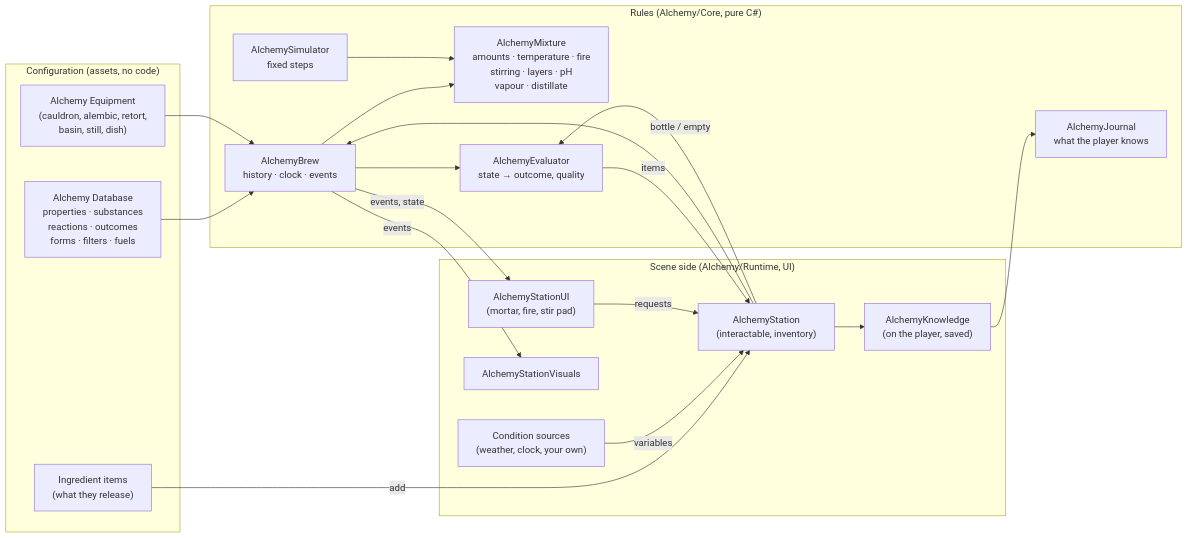
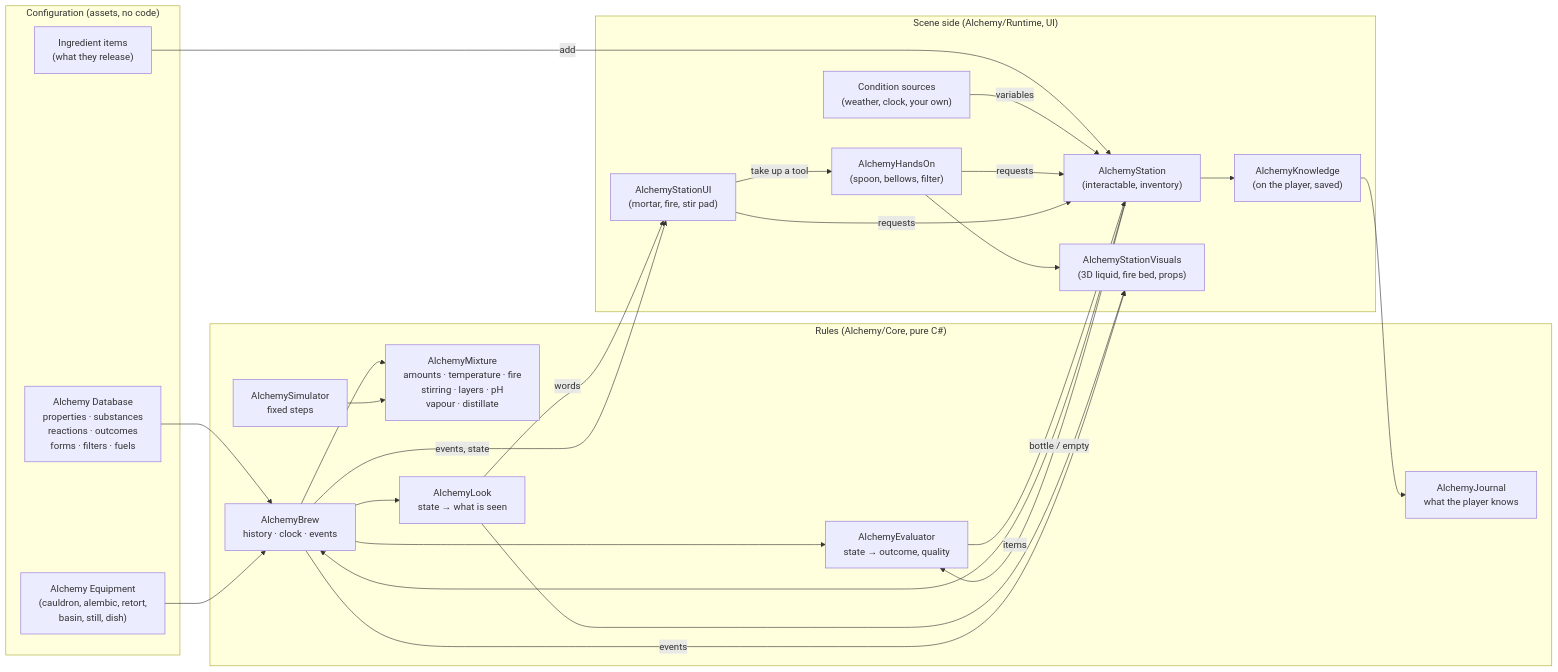
One commit to Kaynan-Jamelaumn/SimpleMovementsUnityPackage changed the diagram in Documentation/Alchemy/README.md. Above: the diagram before and after it, drawn with Mermaid. The commit also changed other lines of this file and 28 other files, not shown here.

````diff
--- a/Documentation/Alchemy/README.md
+++ b/Documentation/Alchemy/README.md
@@ -36,33 +39,41 @@
 ```mermaid
 flowchart LR
     subgraph Data["Configuration (assets, no code)"]
         DB["Alchemy Database<br/>properties · substances<br/>reactions · outcomes<br/>forms · filters · fuels"]
         EQ["Alchemy Equipment<br/>(cauldron, alembic, retort,<br/>basin, still, dish)"]
         ING["Ingredient items<br/>(what they release)"]
     end
     subgraph Core["Rules (Alchemy/Core, pure C#)"]
         BREW["AlchemyBrew<br/>history · clock · events"] --> MIX["AlchemyMixture<br/>amounts · temperature · fire<br/>stirring · layers · pH<br/>vapour · distillate"]
         SIM["AlchemySimulator<br/>fixed steps"] --> MIX
         EVAL["AlchemyEvaluator<br/>state → outcome, quality"]
         JOURNAL["AlchemyJournal<br/>what the player knows"]
+        LOOK["AlchemyLook<br/>state → what is seen"]
     end
     subgraph Scene["Scene side (Alchemy/Runtime, UI)"]
         ST["AlchemyStation<br/>(interactable, inventory)"]
         UI["AlchemyStationUI<br/>(mortar, fire, stir pad)"]
-        VIS["AlchemyStationVisuals"]
+        VIS["AlchemyStationVisuals<br/>(3D liquid, fire bed, props)"]
+        HANDS["AlchemyHandsOn<br/>(spoon, bellows, filter)"]
         KN["AlchemyKnowledge<br/>(on the player, saved)"]
         SUR["Condition sources<br/>(weather, clock, your own)"]
     end
     DB --> BREW
     EQ --> BREW
     ING -- "add" --> ST
     ST --> BREW
     SUR -- "variables" --> ST
     BREW --> EVAL
     ST -- "bottle / empty" --> EVAL
     EVAL -- "items" --> ST
+    BREW --> LOOK
+    LOOK --> VIS
+    LOOK -- "words" --> UI
     BREW -- "events" --> VIS
     BREW -- "events, state" --> UI
+    UI -- "take up a tool" --> HANDS
+    HANDS -- "requests" --> ST
+    HANDS --> VIS
     ST --> KN --> JOURNAL
     UI -- "requests" --> ST
 ```
````
